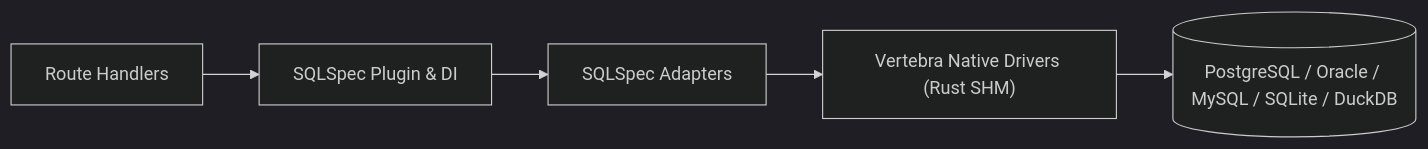
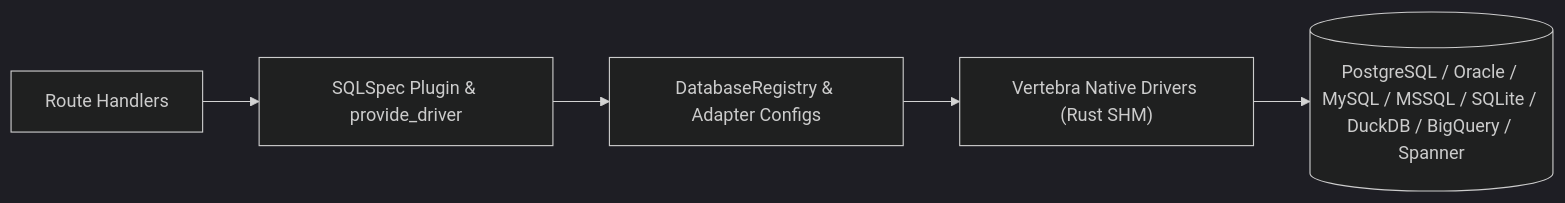
One commit to cofin/vertebra changed the diagram in docs/usage/databases.md. Above: the diagram before and after it, drawn with Mermaid (dark theme). The commit also changed other lines of this file and 302 other files, not shown here.

First line of the commit message:
feat: enhance database driver architecture and conformance (#76)

````diff
--- a/docs/usage/databases.md
+++ b/docs/usage/databases.md
@@ -5,7 +5,7 @@
 ```mermaid
 flowchart LR
-    A["Route Handlers"] --> B["SQLSpec Plugin & DI"]
-    B --> C["SQLSpec Adapters"]
+    A["Route Handlers"] --> B["SQLSpec Plugin & provide_driver"]
+    B --> C["DatabaseRegistry & Adapter Configs"]
     C --> D["Vertebra Native Drivers (Rust SHM)"]
-    D --> E[("PostgreSQL / Oracle / MySQL / SQLite / DuckDB")]
+    D --> E[("PostgreSQL / Oracle / MySQL / MSSQL / SQLite / DuckDB / BigQuery / Spanner")]
 ```
````
